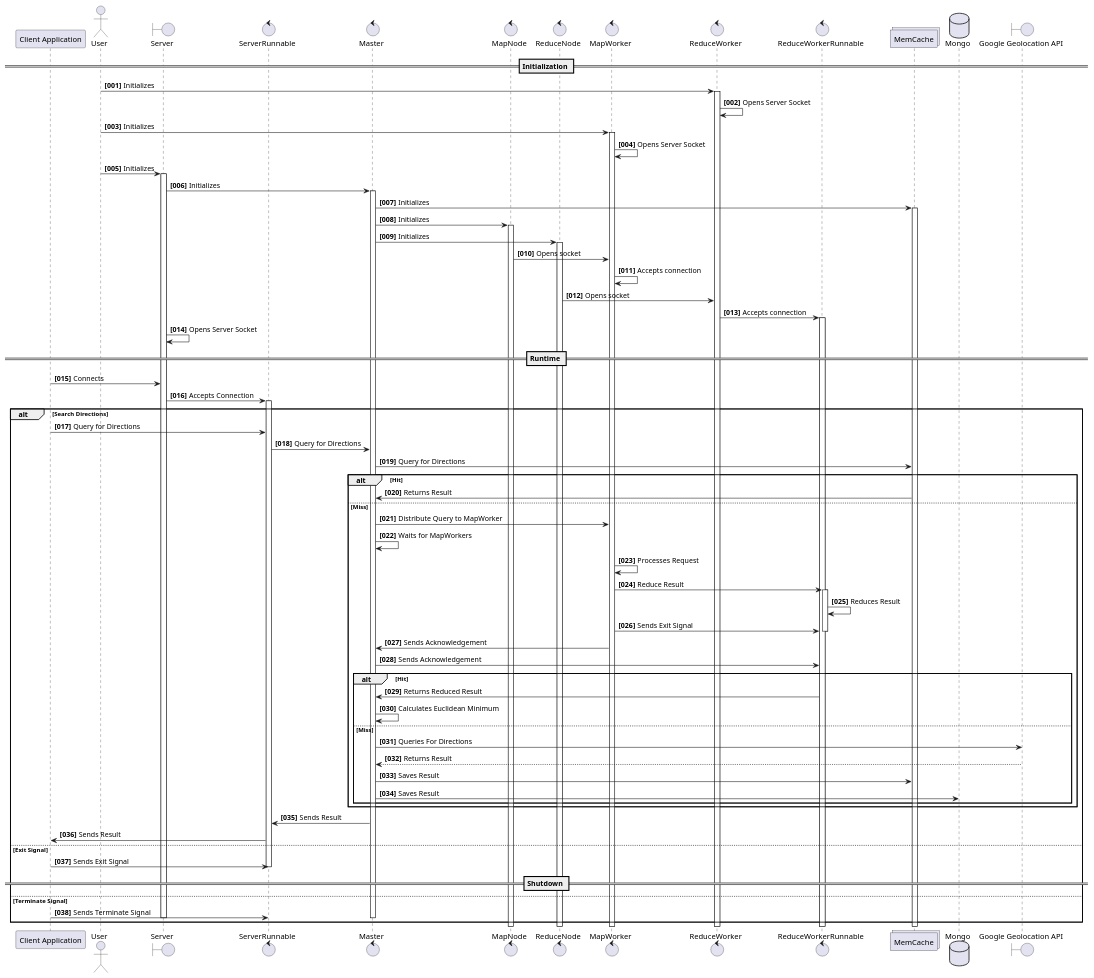
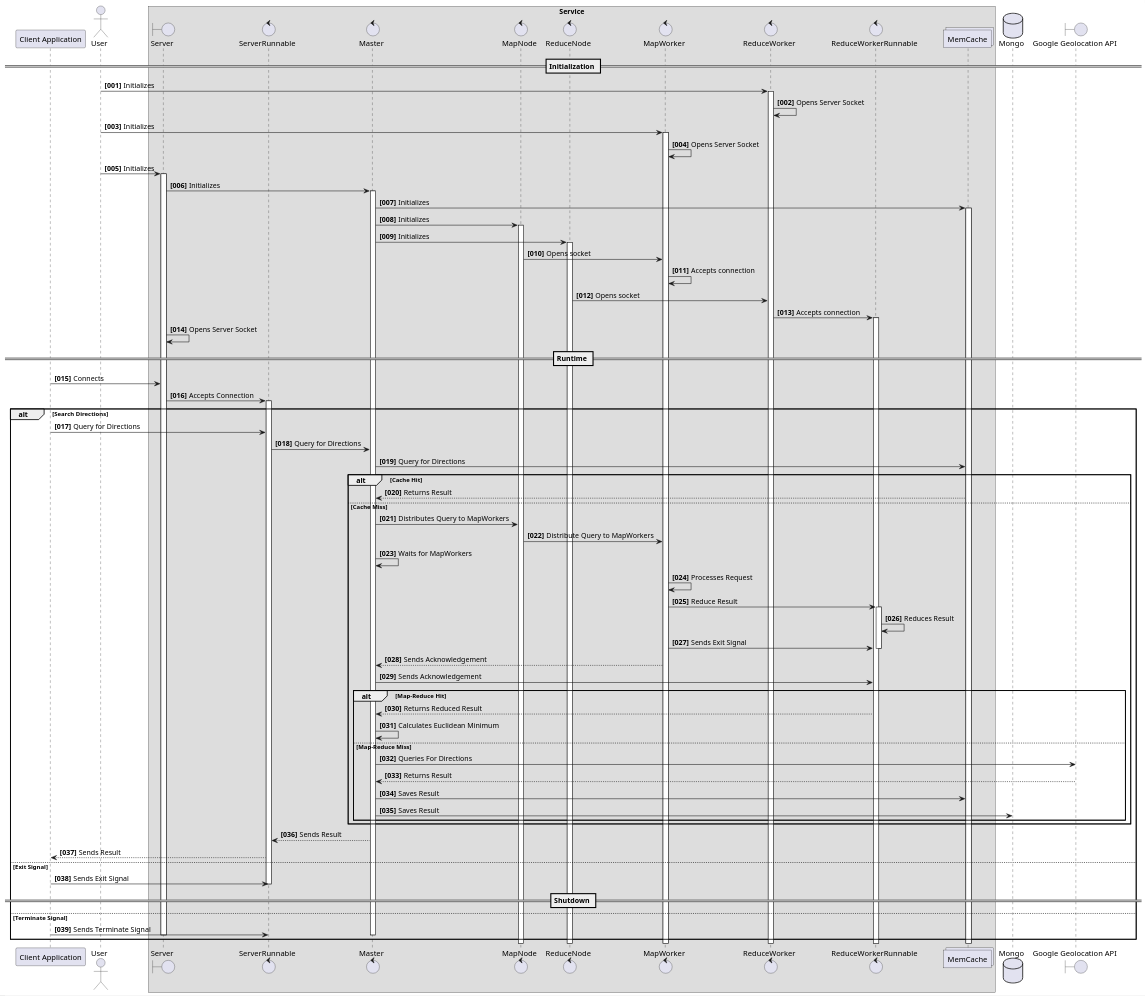
Before and after one commit to steve-papadogiannis/dist-sys-server-java: the diagram in diagrams/uml/sequence/lifecycle.plantuml, drawn with PlantUML.

Commit message:
Amending the diagram.

```diff
--- a/diagrams/uml/sequence/lifecycle.plantuml
+++ b/diagrams/uml/sequence/lifecycle.plantuml
@@ -1,137 +1,141 @@
 @startuml
 participant "Client Application" as Client
 actor User
+box Service
 boundary Server
 control ServerRunnable
 control Master
 control MapNode
 control ReduceNode
 control MapWorker
 control ReduceWorker
 control ReduceWorkerRunnable
 collections MemCache
+end box
 database Mongo
 boundary "Google Geolocation API" as GGA
 autonumber "<b>[000]"
 
 == Initialization ==
 
 User -> ReduceWorker : Initializes
 activate ReduceWorker
 
 ReduceWorker -> ReduceWorker : Opens Server Socket
 
 User -> MapWorker : Initializes
 activate MapWorker
 
 MapWorker -> MapWorker : Opens Server Socket
 
 User -> Server: Initializes
 activate Server
 
 Server -> Master : Initializes
 activate Master
 
 Master -> MemCache : Initializes
 activate MemCache
 
 Master -> MapNode : Initializes
 activate MapNode
 
 Master -> ReduceNode : Initializes
 activate ReduceNode
 
 MapNode -> MapWorker : Opens socket
 
 MapWorker -> MapWorker : Accepts connection
 
 ReduceNode -> ReduceWorker : Opens socket
 
 ReduceWorker -> ReduceWorkerRunnable : Accepts connection
 activate ReduceWorkerRunnable
 
 Server -> Server : Opens Server Socket
 
 == Runtime ==
 
 Client -> Server : Connects
 
 Server -> ServerRunnable : Accepts Connection
 activate ServerRunnable
 
 alt Search Directions
 
 Client -> ServerRunnable : Query for Directions
 
 ServerRunnable -> Master : Query for Directions
 
 Master -> MemCache : Query for Directions
 
-alt Hit
+alt Cache Hit
 
-MemCache -> Master : Returns Result
+MemCache --> Master : Returns Result
 
-else Miss
+else Cache Miss
 
-Master -> MapWorker : Distribute Query to MapWorker
+Master -> MapNode : Distributes Query to MapWorkers
+
+MapNode -> MapWorker : Distribute Query to MapWorkers
 
 Master -> Master : Waits for MapWorkers
 
 MapWorker -> MapWorker : Processes Request
 
 MapWorker -> ReduceWorkerRunnable : Reduce Result
 activate ReduceWorkerRunnable
 
 ReduceWorkerRunnable -> ReduceWorkerRunnable : Reduces Result
 
 MapWorker -> ReduceWorkerRunnable : Sends Exit Signal
 deactivate ReduceWorkerRunnable
 
-MapWorker -> Master : Sends Acknowledgement
+MapWorker --> Master : Sends Acknowledgement
 
 Master -> ReduceWorkerRunnable : Sends Acknowledgement
 
-alt Hit
+alt Map-Reduce Hit
 
-ReduceWorkerRunnable -> Master : Returns Reduced Result
+ReduceWorkerRunnable --> Master : Returns Reduced Result
 
 Master -> Master : Calculates Euclidean Minimum
 
-else Miss
+else Map-Reduce Miss
 
 Master -> GGA : Queries For Directions
 
 GGA --> Master : Returns Result
 
 Master -> MemCache : Saves Result
 
 Master -> Mongo : Saves Result
 
 end
 
 end
 
-Master -> ServerRunnable : Sends Result
+Master --> ServerRunnable : Sends Result
 
-ServerRunnable -> Client : Sends Result
+ServerRunnable --> Client : Sends Result
 
 else Exit Signal
 
 Client -> ServerRunnable : Sends Exit Signal
 deactivate ServerRunnable
 
 == Shutdown ==
 
 else Terminate Signal
 
 Client -> ServerRunnable : Sends Terminate Signal
 deactivate ServerRunnable
 
 deactivate Master
 
 deactivate Server
 
 end
 
 
 @enduml
```
